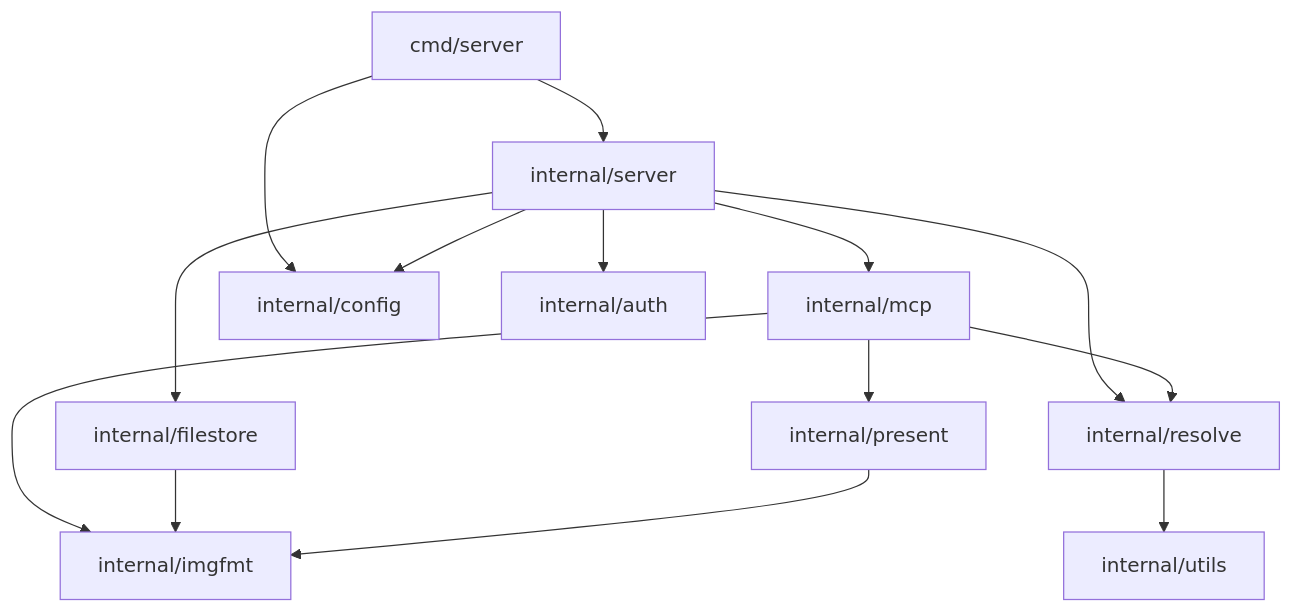
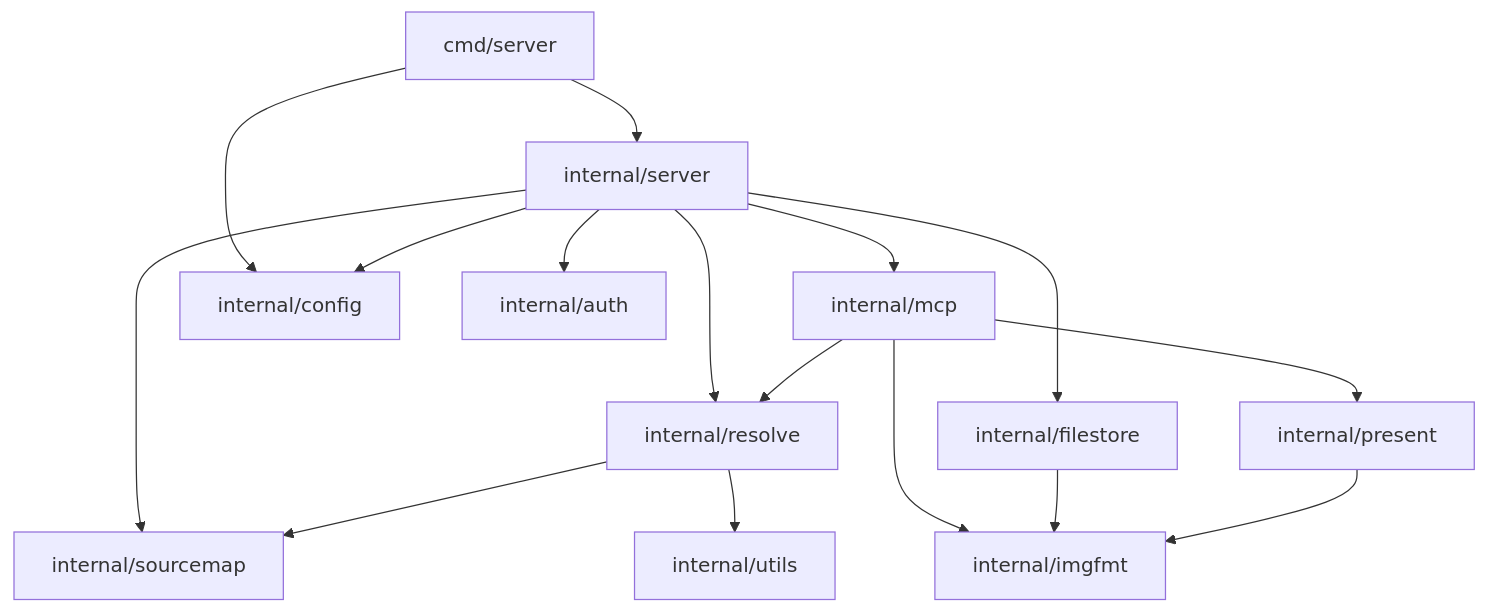
The diagram in AGENTS.md (wishmatic/elfu-mcp), drawn with Mermaid before and after one commit. The commit also changed other lines of this file and 18 other files, not shown here.

````diff
--- a/AGENTS.md
+++ b/AGENTS.md
@@ -58,30 +58,33 @@
 ```mermaid
 flowchart TD
     cmd["cmd/server"]
     server["internal/server"]
     mcp["internal/mcp"]
     present["internal/present"]
+    sourcemap["internal/sourcemap"]
     resolve["internal/resolve"]
     filestore["internal/filestore"]
     imgfmt["internal/imgfmt"]
     config["internal/config"]
     auth["internal/auth"]
     utils["internal/utils"]
 
     cmd --> server
     cmd --> config
 
     server --> mcp
     server --> auth
     server --> config
+    server --> filestore
     server --> resolve
-    server --> filestore
+    server --> sourcemap
 
+    mcp --> imgfmt
     mcp --> present
-    mcp --> imgfmt
     mcp --> resolve
 
     filestore --> imgfmt
     present --> imgfmt
+    resolve --> sourcemap
     resolve --> utils
 ```
````
